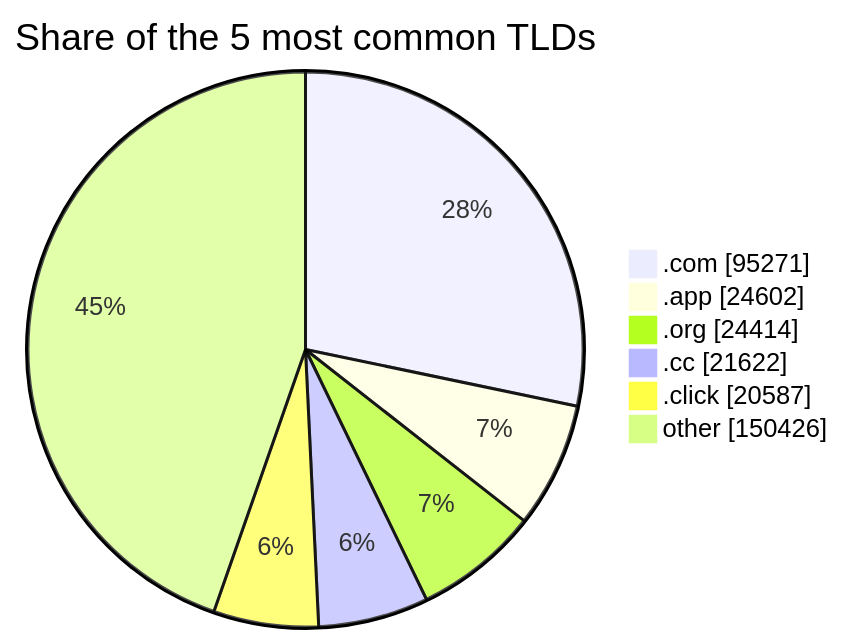
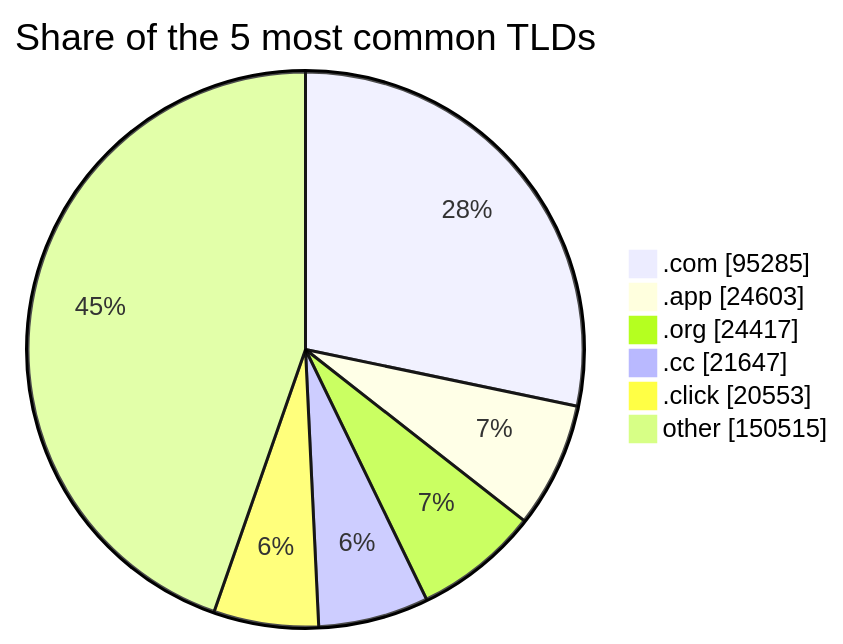
One commit to DNSBunker/CTI changed the third of 3 diagrams in README.md. Above: the diagram before and after it, drawn with Mermaid. The commit also changed other lines of this file and 4 other files, not shown here.

````diff
--- a/README.md
+++ b/README.md
@@ -81,9 +81,9 @@
 ```mermaid
 pie showData title Share of the 5 most common TLDs
-    ".com" : 95271
-    ".app" : 24602
-    ".org" : 24414
-    ".cc" : 21622
-    ".click" : 20587
-    "other" : 150426
+    ".com" : 95285
+    ".app" : 24603
+    ".org" : 24417
+    ".cc" : 21647
+    ".click" : 20553
+    "other" : 150515
 ```
````
